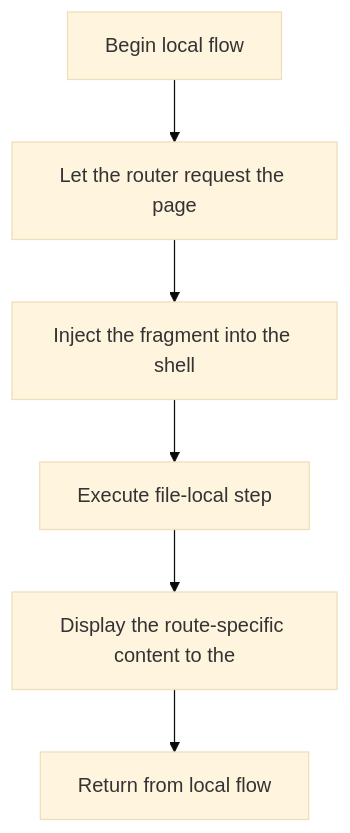
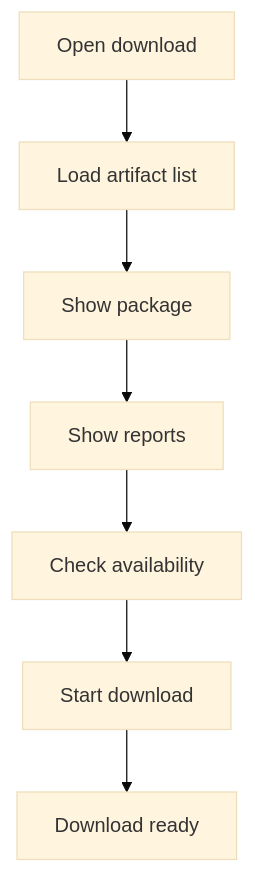
The diagram in docs/Codebase/Frontend/pages/download.html.md (JohnAndrewBalbarosa/NeoTerritory), drawn with Mermaid (base theme) before and after one commit. The commit also changed other lines of this file and 31 other files, not shown here.

````diff
--- a/docs/Codebase/Frontend/pages/download.html.md
+++ b/docs/Codebase/Frontend/pages/download.html.md
@@ -21,14 +21,16 @@
 ```mermaid
 flowchart TD
-    Start["Begin local flow"]
-    N0["Let the router request the page"]
-    N1["Inject the fragment into the shell"]
-    N2["Execute file-local step"]
-    N3["Display the route-specific content to the"]
-    End["Return from local flow"]
+    Start["Open download"]
+    N0["Load artifact list"]
+    N1["Show package"]
+    N2["Show reports"]
+    N3["Check availability"]
+    N4["Start download"]
+    End["Download ready"]
     Start --> N0
     N0 --> N1
     N1 --> N2
     N2 --> N3
-    N3 --> End
+    N3 --> N4
+    N4 --> End
 ```
````
